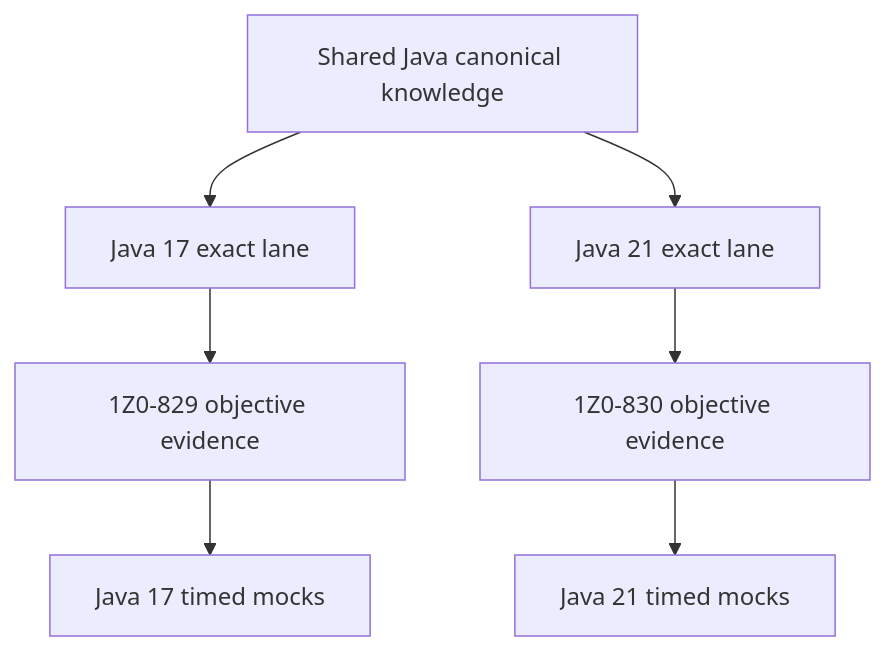
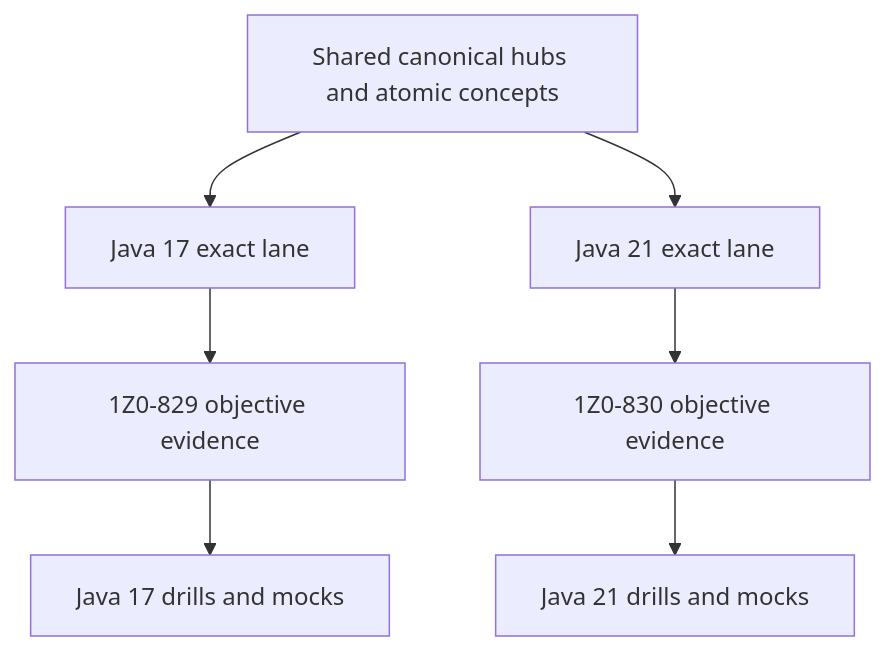
One commit to alimbetov/obsidian changed the first of 2 diagrams in 00_HOME/Oracle Java 17 and 21 Certification Program.md. Above: the diagram before and after it, drawn with Mermaid. The commit also changed other lines of this file, not shown here.

Commit message:
docs: refresh Oracle Java program navigation

````diff
--- a/00_HOME/Oracle Java 17 and 21 Certification Program.md
+++ b/00_HOME/Oracle Java 17 and 21 Certification Program.md
@@ -45,9 +50,9 @@
 ```mermaid
 flowchart TD
-    SHARED[Shared Java canonical knowledge] --> J17[Java 17 exact lane]
+    SHARED[Shared canonical hubs and atomic concepts] --> J17[Java 17 exact lane]
     SHARED --> J21[Java 21 exact lane]
     J17 --> E829[1Z0-829 objective evidence]
     J21 --> E830[1Z0-830 objective evidence]
-    E829 --> M829[Java 17 timed mocks]
-    E830 --> M830[Java 21 timed mocks]
+    E829 --> M829[Java 17 drills and mocks]
+    E830 --> M830[Java 21 drills and mocks]
 ```
````
